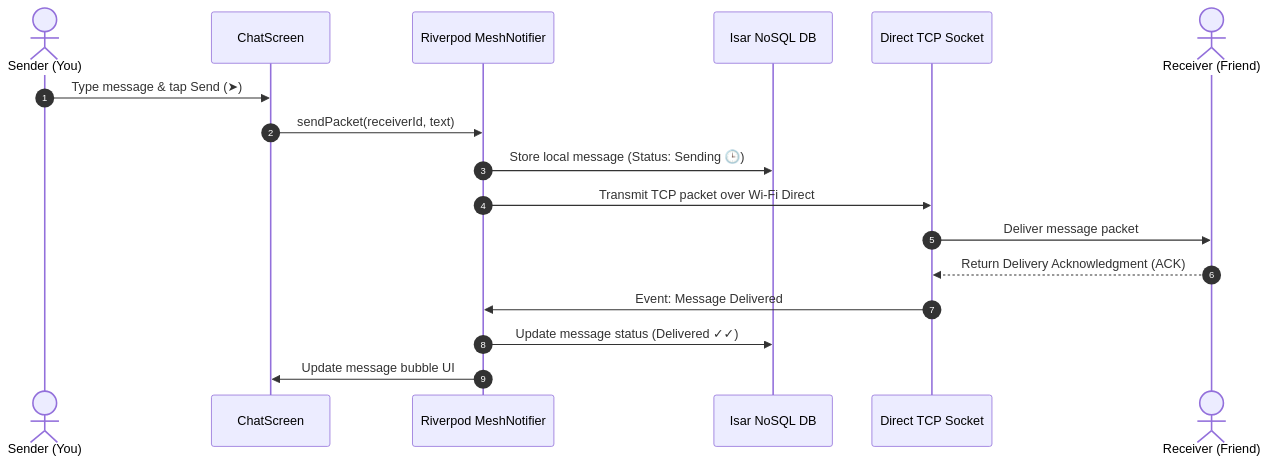
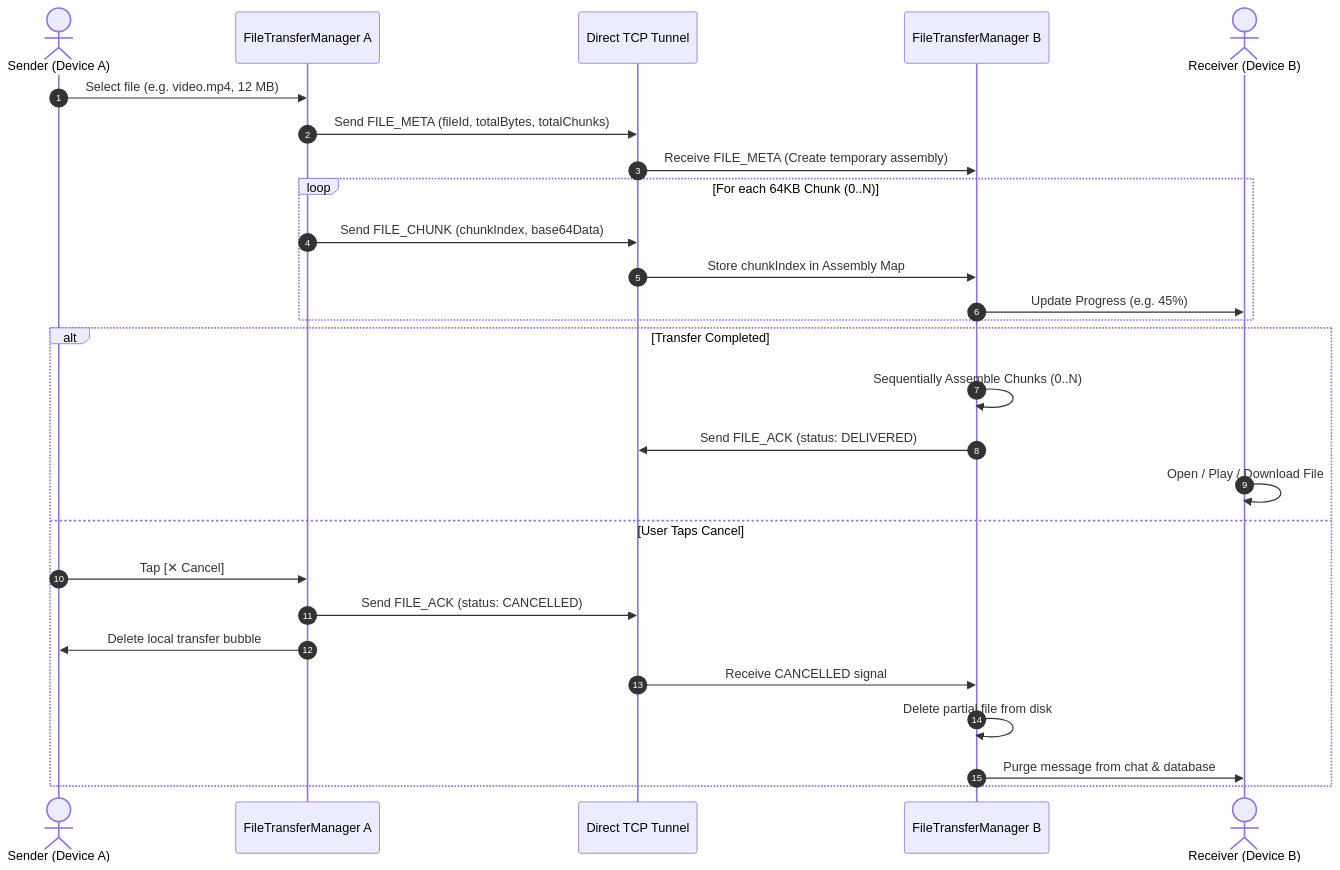
Before and after one commit to Op-Vision17/MeshLink: the third of 3 diagrams in DOCUMENTATION.md, drawn with Mermaid. The commit also changed other lines of this file and 10 other files, not shown here.

````diff
--- a/DOCUMENTATION.md
+++ b/DOCUMENTATION.md
@@ -192,20 +205,32 @@
 ```mermaid
 sequenceDiagram
     autonumber
-    actor Sender as Sender (You)
-    participant ChatUI as ChatScreen
-    participant MeshProv as Riverpod MeshNotifier
-    participant LocalDB as Isar NoSQL DB
-    participant Socket as Direct TCP Socket
-    actor Receiver as Receiver (Friend)
+    actor Sender as Sender (Device A)
+    participant ManagerA as FileTransferManager A
+    participant Socket as Direct TCP Tunnel
+    participant ManagerB as FileTransferManager B
+    actor Receiver as Receiver (Device B)
 
-    Sender->>ChatUI: Type message & tap Send (➤)
-    ChatUI->>MeshProv: sendPacket(receiverId, text)
-    MeshProv->>LocalDB: Store local message (Status: Sending 🕒)
-    MeshProv->>Socket: Transmit TCP packet over Wi-Fi Direct
-    Socket->>Receiver: Deliver message packet
-    Receiver-->>Socket: Return Delivery Acknowledgment (ACK)
-    Socket->>MeshProv: Event: Message Delivered
-    MeshProv->>LocalDB: Update message status (Delivered ✓✓)
-    MeshProv->>ChatUI: Update message bubble UI
+    Sender->>ManagerA: Select file (e.g. video.mp4, 12 MB)
+    ManagerA->>Socket: Send FILE_META (fileId, totalBytes, totalChunks)
+    Socket->>ManagerB: Receive FILE_META (Create temporary assembly)
+    
+    loop For each 64KB Chunk (0..N)
+        ManagerA->>Socket: Send FILE_CHUNK (chunkIndex, base64Data)
+        Socket->>ManagerB: Store chunkIndex in Assembly Map
+        ManagerB->>Receiver: Update Progress (e.g. 45%)
+    end
+
+    alt Transfer Completed
+        ManagerB->>ManagerB: Sequentially Assemble Chunks (0..N)
+        ManagerB->>Socket: Send FILE_ACK (status: DELIVERED)
+        Receiver->>Receiver: Open / Play / Download File
+    else User Taps Cancel
+        Sender->>ManagerA: Tap [✕ Cancel]
+        ManagerA->>Socket: Send FILE_ACK (status: CANCELLED)
+        ManagerA->>Sender: Delete local transfer bubble
+        Socket->>ManagerB: Receive CANCELLED signal
+        ManagerB->>ManagerB: Delete partial file from disk
+        ManagerB->>Receiver: Purge message from chat & database
+    end
 ```
````
